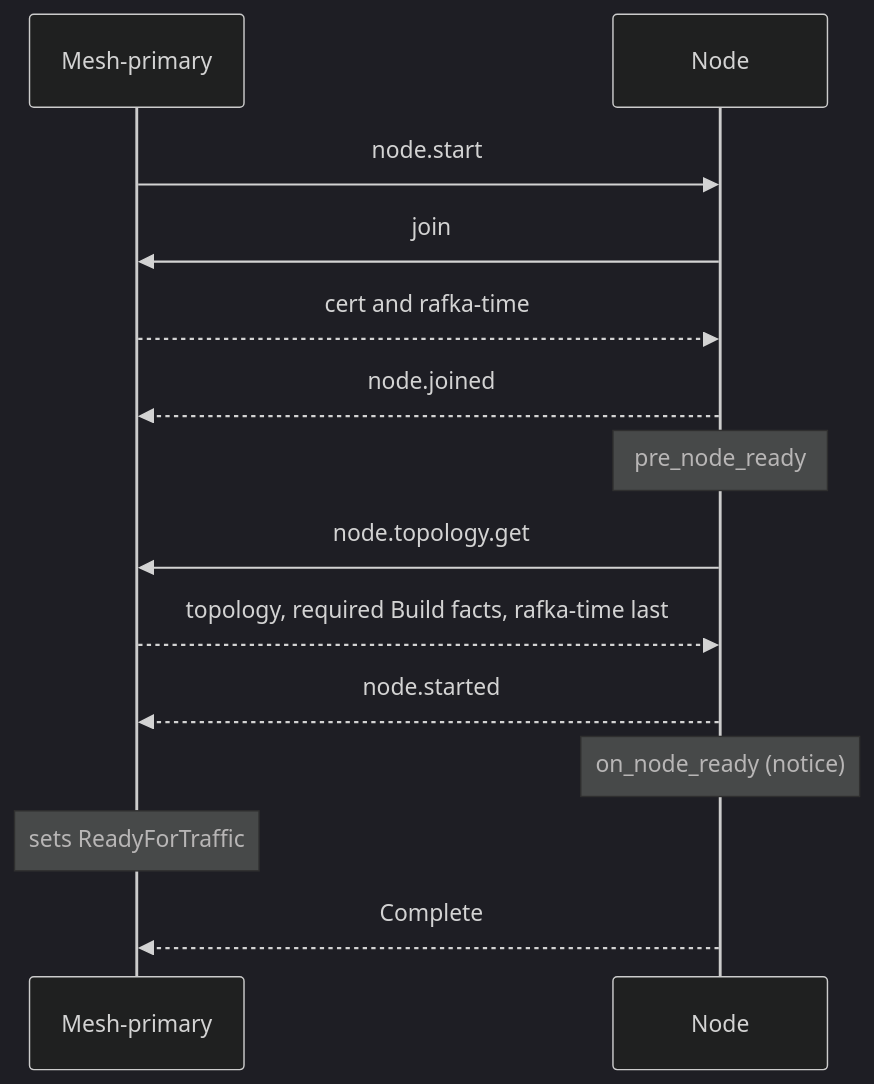
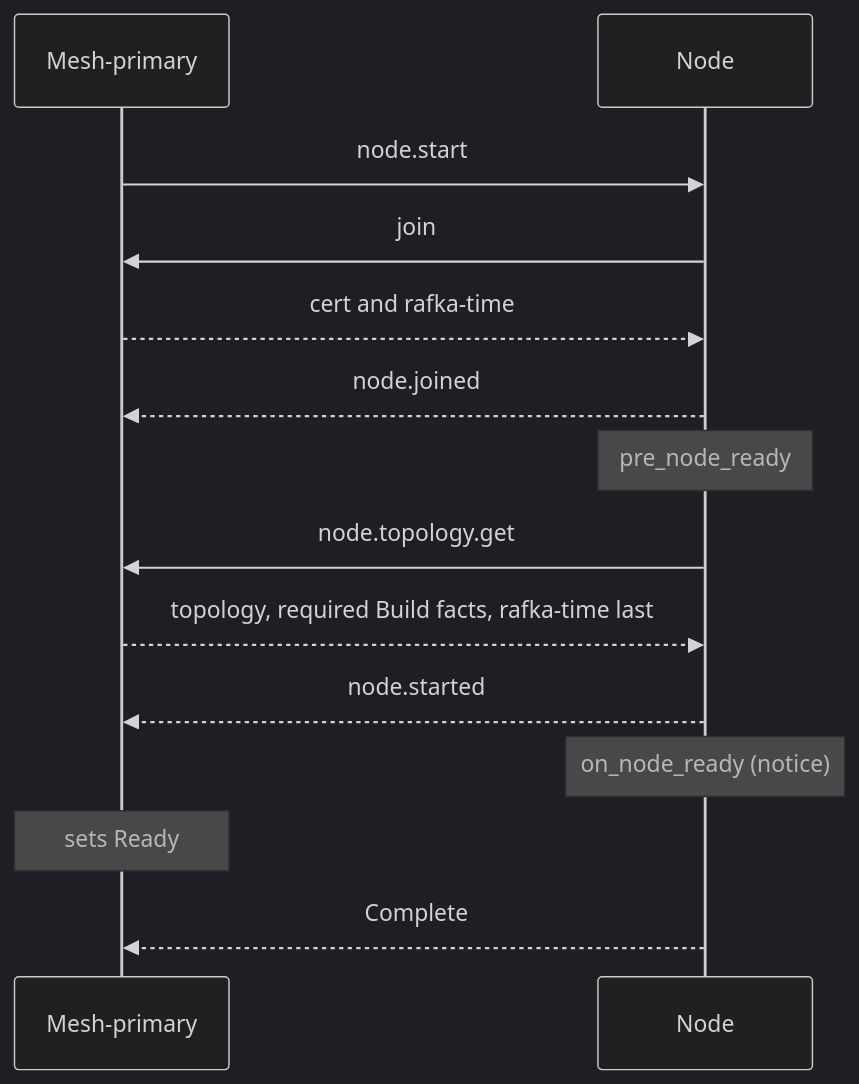
Before and after one commit to drlukeangel/rust-distributed-mesh: the diagram in docs/architecture/lifecycles/node-start.md, drawn with Mermaid (dark theme). The commit also changed other lines of this file and 298 other files, not shown here.

First line of the commit message:
feat(state): ready-for-traffic is named ready for the node, the mesh and the fabric (Q176, rdm#113)

````diff
--- a/docs/architecture/lifecycles/node-start.md
+++ b/docs/architecture/lifecycles/node-start.md
@@ -89,16 +89,16 @@
 ```mermaid
 sequenceDiagram
     participant M as Mesh-primary
     participant N as Node
     M->>N: node.start
     N->>M: join
     M-->>N: cert and rafka-time
     N-->>M: node.joined
     Note over N: pre_node_ready
     N->>M: node.topology.get
     M-->>N: topology, required Build facts, rafka-time last
     N-->>M: node.started
     Note over N: on_node_ready (notice)
-    Note over M: sets ReadyForTraffic
+    Note over M: sets Ready
     N-->>M: Complete
 ```
````
